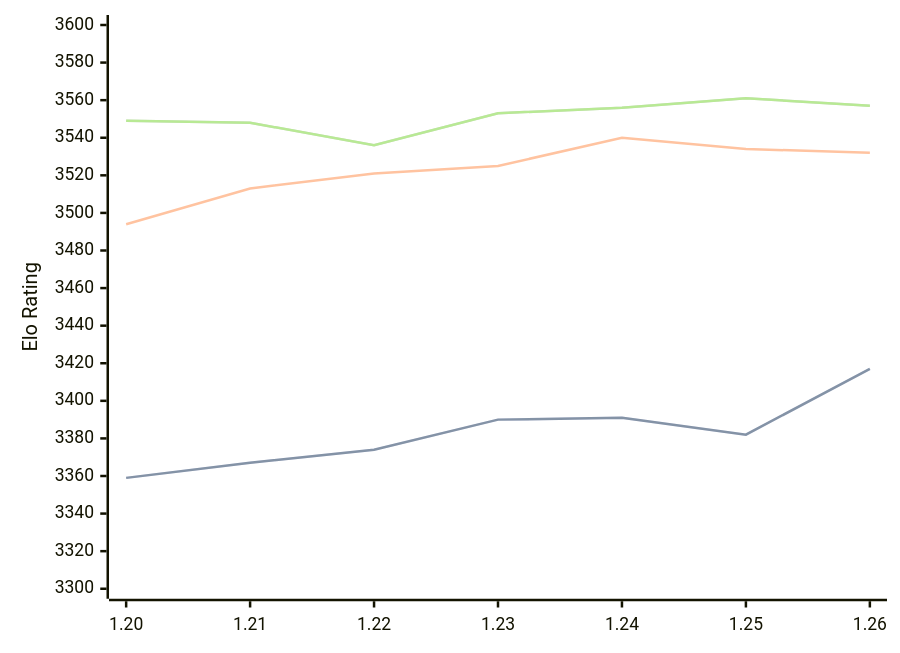
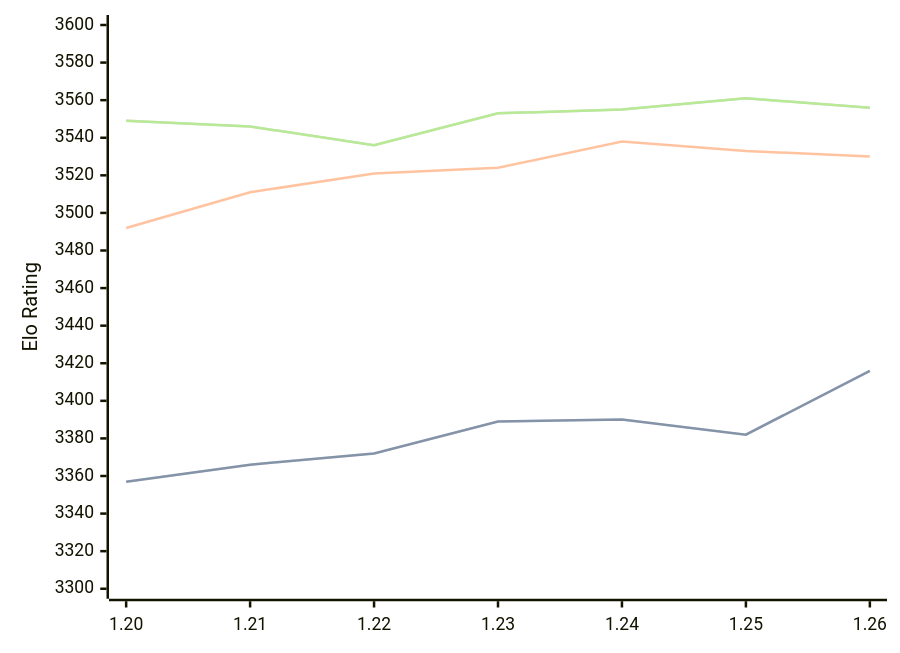
The diagram in engines/Caissa.md (computer-chess-index/cci), drawn with Mermaid before and after one commit. The commit also changed other lines of this file, not shown here.

Commit message:
Update CCI Ratings (ELO VLTC) - 2026-09-01

````diff
--- a/engines/Caissa.md
+++ b/engines/Caissa.md
@@ -37,11 +37,11 @@
 ```mermaid
 %%{init: {"theme":"base","themeVariables":{"seriesColors:['#a3a3a3','#222221','#faa371']}}}%%
 xychart-beta
   x-axis ["1.20", "1.21", "1.22", "1.23", "1.24", "1.25", "1.26"]
   y-axis "Elo Rating" 3300 --> 3600
-  line "" [3359, 3367, 3374, 3390, 3391, 3382, 3417]
-  line "STC (8.0+0.08s)" [3359, 3367, 3374, 3390, 3391, 3382, 3417]
-  line "LTC (60.0+0.60s)" [3494, 3513, 3521, 3525, 3540, 3534, 3532]
-  line "" [3549, 3548, 3536, 3553, 3556, 3561, 3557]
-  line "VLTC (2m24s+1.12s)" [3549, 3548, 3536, 3553, 3556, 3561, 3557]
+  line "" [3357, 3366, 3372, 3389, 3390, 3382, 3416]
+  line "STC (8.0+0.08s)" [3357, 3366, 3372, 3389, 3390, 3382, 3416]
+  line "LTC (60.0+0.60s)" [3492, 3511, 3521, 3524, 3538, 3533, 3530]
+  line "" [3549, 3546, 3536, 3553, 3555, 3561, 3556]
+  line "VLTC (2m24s+1.12s)" [3549, 3546, 3536, 3553, 3555, 3561, 3556]
 ```
````
